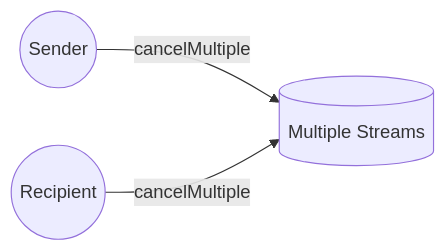
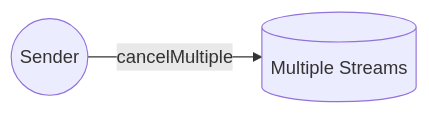
The third of 7 diagrams in docs/contracts/v2/reference/05-access-control.md (sablier-labs/docs), drawn with Mermaid before and after one commit. The commit also changed other lines of this file and 79 other files, not shown here.

````diff
--- a/docs/contracts/v2/reference/05-access-control.md
+++ b/docs/contracts/v2/reference/05-access-control.md
@@ -69,9 +64,7 @@
 ```mermaid
 flowchart LR;
   sender((Sender));
-  recipient((Recipient));
   streams[(Multiple Streams)];
 
   sender -- cancelMultiple -->streams;
-  recipient -- cancelMultiple -->streams;
 ```
````
